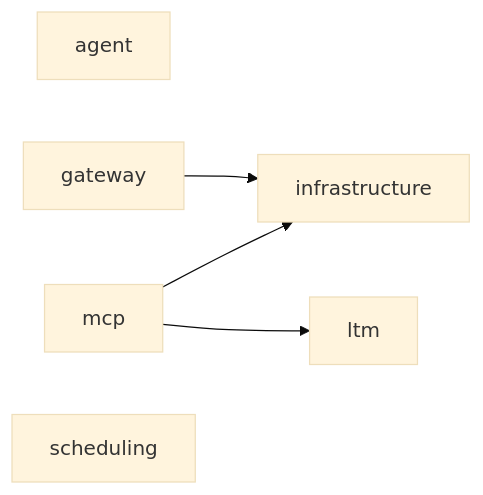
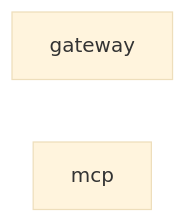
One commit to OJII3/vicissitude changed the diagram in docs/DEPS.md. Above: the diagram before and after it, drawn with Mermaid (base theme). The commit also changed other lines of this file and 96 other files, not shown here.

First line of the commit message:
refactor: L2 パッケージを切り出し（ltm, infrastructure, agent, scheduling）

````diff
--- a/docs/DEPS.md
+++ b/docs/DEPS.md
@@ -7,10 +7,5 @@
 ```mermaid
 graph LR
-  agent
-  gateway --> infrastructure
-  infrastructure
-  ltm
-  mcp --> infrastructure
-  mcp --> ltm
-  scheduling
+  gateway
+  mcp
 ```
````
